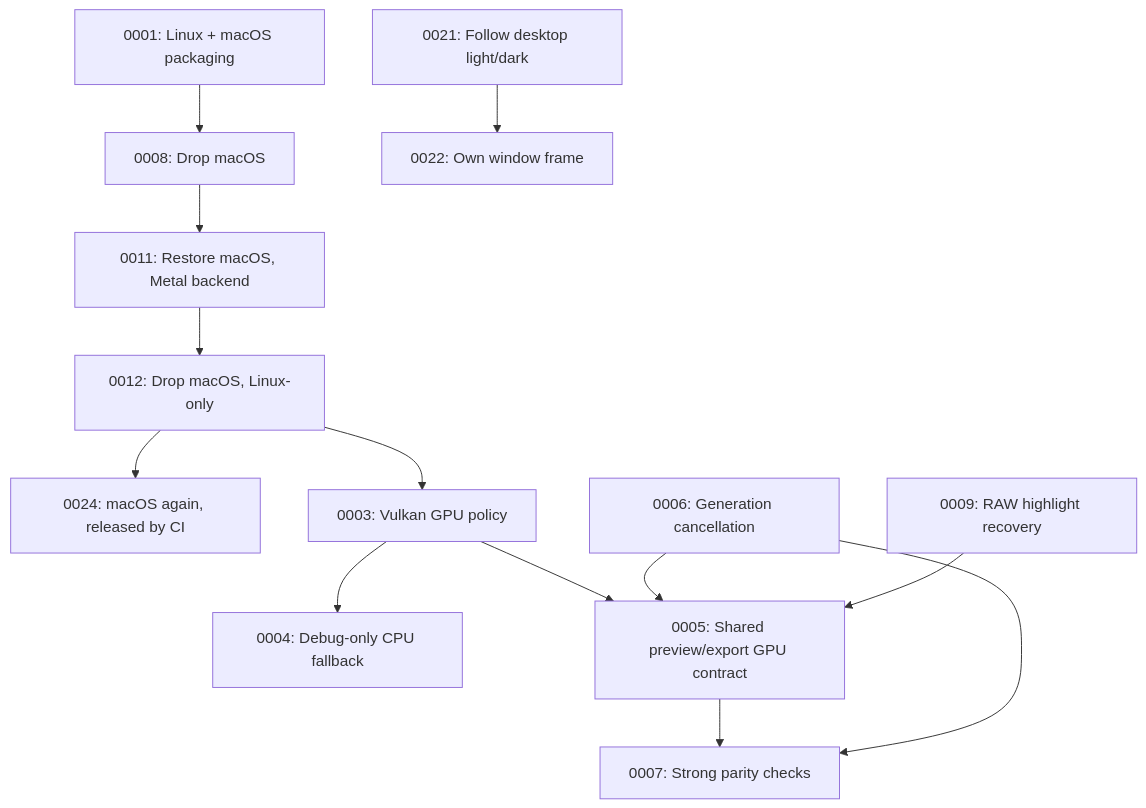
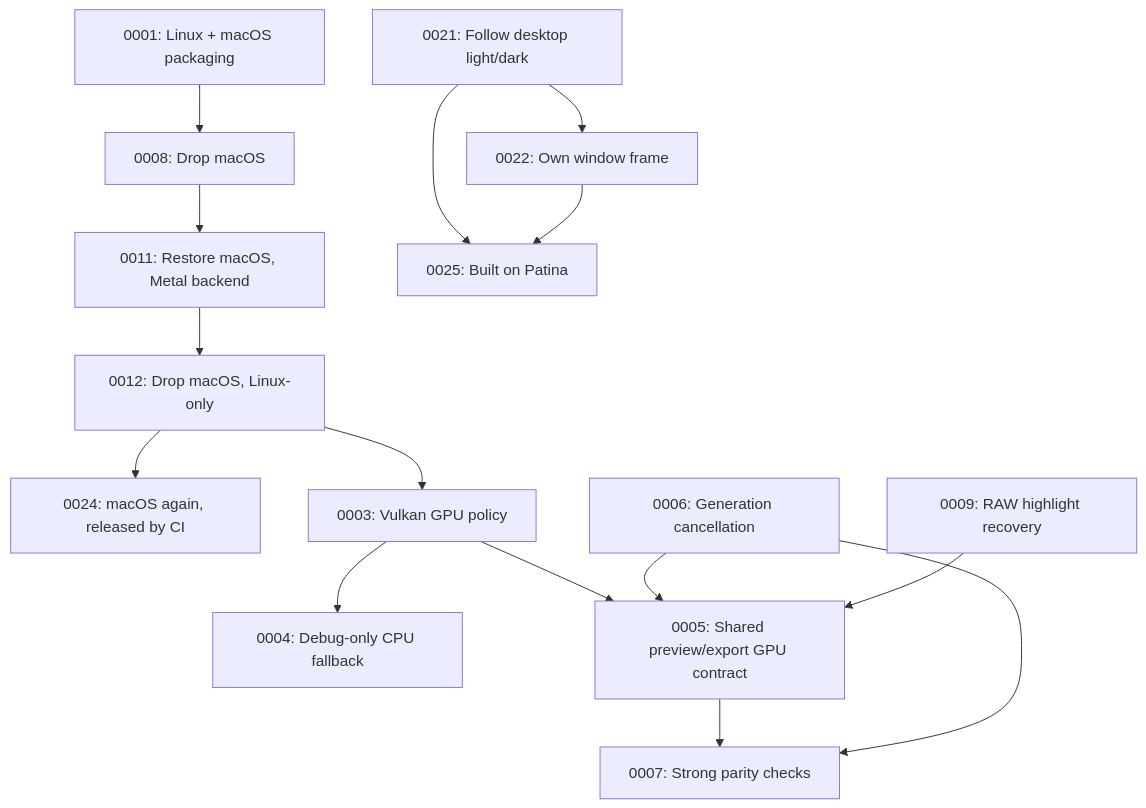
The diagram in docs/adr/README.md (divanvisagie/Photograph), drawn with Mermaid before and after one commit. The commit also changed other lines of this file and 11 other files, not shown here.

````diff
--- a/docs/adr/README.md
+++ b/docs/adr/README.md
@@ -68,15 +69,17 @@
 ```mermaid
 flowchart TD
     P1[0001: Linux + macOS packaging] --> P8[0008: Drop macOS]
     P8 --> P11[0011: Restore macOS, Metal backend]
     P11 --> P12[0012: Drop macOS, Linux-only]
     P12 --> P24[0024: macOS again, released by CI]
     P12 --> A[0003: Vulkan GPU policy]
     A --> B[0004: Debug-only CPU fallback]
     A --> C[0005: Shared preview/export GPU contract]
     C --> E[0007: Strong parity checks]
     D[0006: Generation cancellation] --> C
     D --> E
     F[0009: RAW highlight recovery] --> C
     T[0021: Follow desktop light/dark] --> W[0022: Own window frame]
+    T --> PA[0025: Built on Patina]
+    W --> PA
 ```
````
